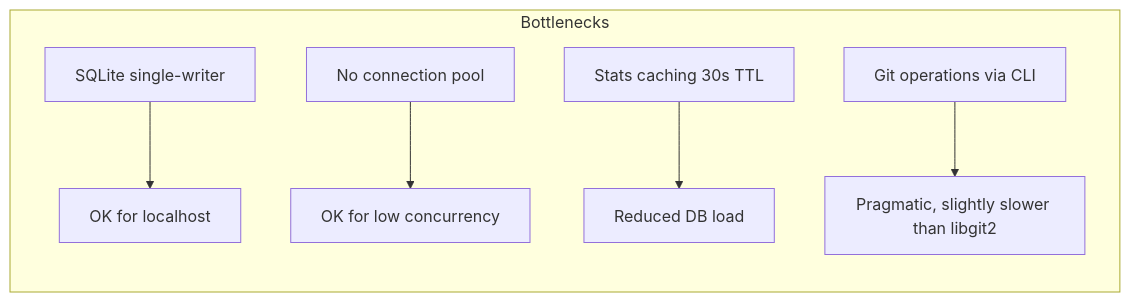
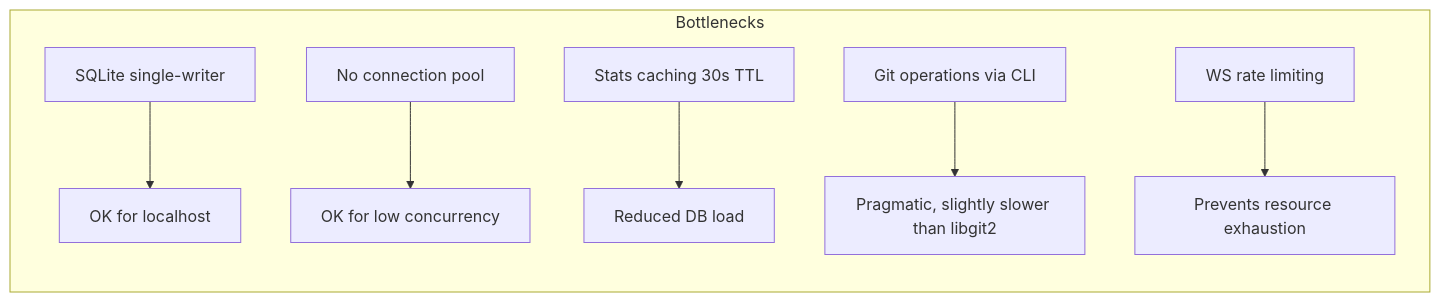
Before and after one commit to epatel/claude-agents-dashboard: the fourth of 4 diagrams in ASSESSMENT_CODE.md, drawn with Mermaid. The commit also changed other lines of this file and 2 other files, not shown here.

Commit message:
Update assessment, README, and CLAUDE.md for WebSocket rate limiting, git timeouts, base branch tracking, and 78 tests

````diff
--- a/ASSESSMENT_CODE.md
+++ b/ASSESSMENT_CODE.md
@@ -274,9 +282,10 @@
 ```mermaid
 graph LR
     subgraph Bottlenecks
         A[SQLite single-writer] --> B[OK for localhost]
         C[No connection pool] --> D[OK for low concurrency]
         E[Stats caching 30s TTL] --> F[Reduced DB load]
         G[Git operations via CLI] --> H[Pragmatic, slightly slower than libgit2]
+        I[WS rate limiting] --> J[Prevents resource exhaustion]
     end
 ```
````
